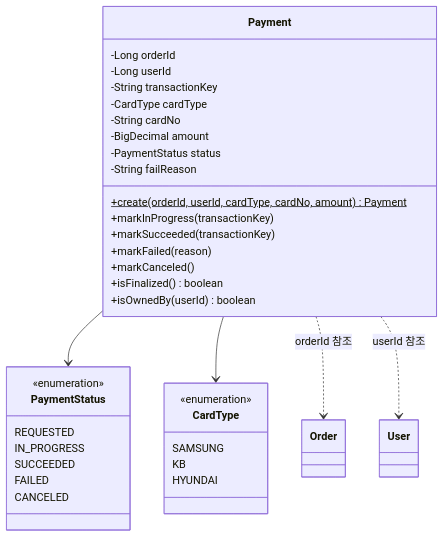
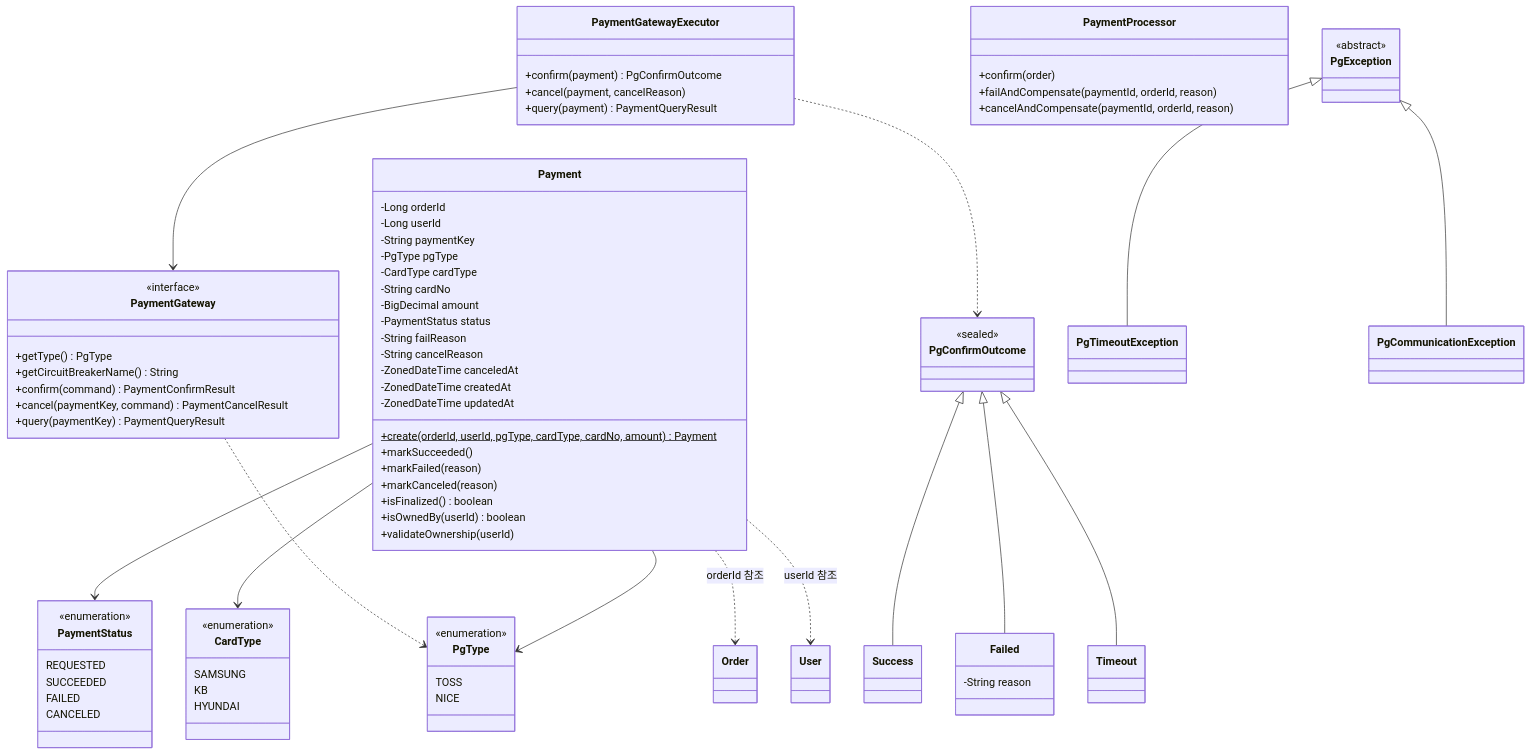
The diagram in docs/design/payment/class-diagram.md (Loopers-dev-lab/loop-pack-be-l2-vol3-java), drawn with Mermaid before and after one commit. The commit also changed other lines of this file and 15 other files, not shown here.

````diff
--- a/docs/design/payment/class-diagram.md
+++ b/docs/design/payment/class-diagram.md
@@ -10,28 +10,38 @@
     class Payment {
         -Long orderId
         -Long userId
-        -String transactionKey
+        -String paymentKey
+        -PgType pgType
         -CardType cardType
         -String cardNo
         -BigDecimal amount
         -PaymentStatus status
         -String failReason
-        +create(orderId, userId, cardType, cardNo, amount)$ Payment
-        +markInProgress(transactionKey)
-        +markSucceeded(transactionKey)
+        -String cancelReason
+        -ZonedDateTime canceledAt
+        -ZonedDateTime createdAt
+        -ZonedDateTime updatedAt
+        +create(orderId, userId, pgType, cardType, cardNo, amount)$ Payment
+        +markSucceeded()
         +markFailed(reason)
-        +markCanceled()
+        +markCanceled(reason)
         +isFinalized() boolean
         +isOwnedBy(userId) boolean
+        +validateOwnership(userId)
     }
 
     class PaymentStatus {
         <<enumeration>>
         REQUESTED
-        IN_PROGRESS
         SUCCEEDED
         FAILED
         CANCELED
+    }
+
+    class PgType {
+        <<enumeration>>
+        TOSS
+        NICE
     }
 
     class CardType {
@@ -41,8 +51,60 @@
         HYUNDAI
     }
 
+    class PaymentGateway {
+        <<interface>>
+        +getType() PgType
+        +getCircuitBreakerName() String
+        +confirm(command) PaymentConfirmResult
+        +cancel(paymentKey, command) PaymentCancelResult
+        +query(paymentKey) PaymentQueryResult
+    }
+
+    class PaymentGatewayExecutor {
+        +confirm(payment) PgConfirmOutcome
+        +cancel(payment, cancelReason)
+        +query(payment) PaymentQueryResult
+    }
+
+    class PgConfirmOutcome {
+        <<sealed>>
+    }
+    class Success {
+    }
+    class Failed {
+        -String reason
+    }
+    class Timeout {
+    }
+
+    class PaymentProcessor {
+        +confirm(order)
+        +failAndCompensate(paymentId, orderId, reason)
+        +cancelAndCompensate(paymentId, orderId, reason)
+    }
+
+    class PgException {
+        <<abstract>>
+    }
+    class PgTimeoutException {
+    }
+    class PgCommunicationException {
+    }
+
     Payment --> PaymentStatus
+    Payment --> PgType
     Payment --> CardType
     Payment ..> Order : orderId 참조
     Payment ..> User : userId 참조
+
+    PaymentGateway ..> PgType
+    PaymentGatewayExecutor --> PaymentGateway
+    PaymentGatewayExecutor ..> PgConfirmOutcome
+
+    PgConfirmOutcome <|-- Success
+    PgConfirmOutcome <|-- Failed
+    PgConfirmOutcome <|-- Timeout
+
+    PgException <|-- PgTimeoutException
+    PgException <|-- PgCommunicationException
 ```
````
